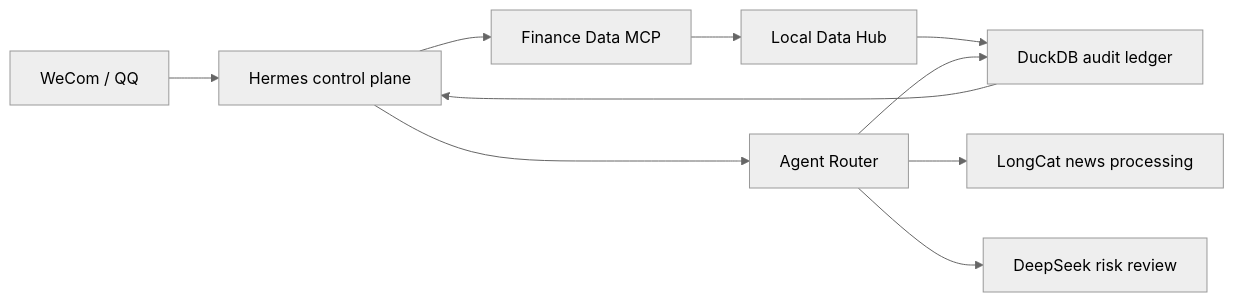
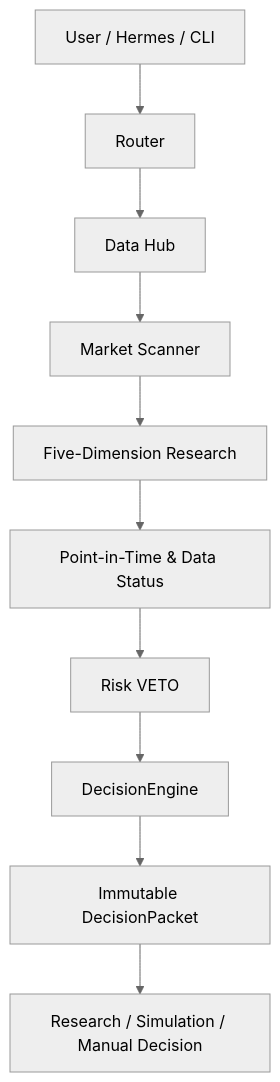
Before and after one commit to Shixi216/aiquant-lite: the first of 2 diagrams in README.md, drawn with Mermaid (neutral theme). The commit also changed other lines of this file and 559 other files, not shown here.

````diff
--- a/README.md
+++ b/README.md
@@ -34,12 +57,12 @@
 ```mermaid
-flowchart LR
-    U["WeCom / QQ"] --> H["Hermes control plane"]
-    H --> M["Finance Data MCP"]
-    M --> D["Local Data Hub"]
-    H --> R["Agent Router"]
-    R --> L["LongCat news processing"]
-    R --> K["DeepSeek risk review"]
-    D --> A["DuckDB audit ledger"]
-    R --> A
-    A --> H
+flowchart TD
+    U["User / Hermes / CLI"] --> R["Router"]
+    R --> D["Data Hub"]
+    D --> S["Market Scanner"]
+    S --> F["Five-Dimension Research"]
+    F --> P["Point-in-Time & Data Status"]
+    P --> V["Risk VETO"]
+    V --> E["DecisionEngine"]
+    E --> K["Immutable DecisionPacket"]
+    K --> O["Research / Simulation / Manual Decision"]
 ```
````
